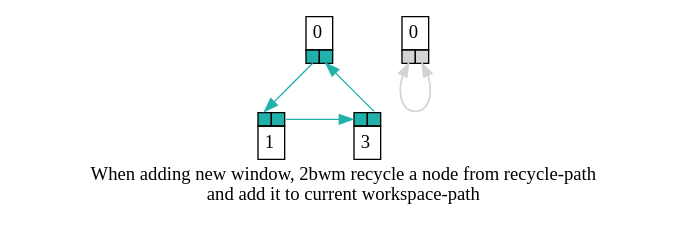
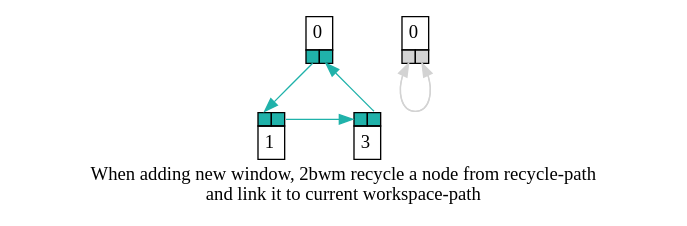
Before and after one commit to netcrop/2bwm: the diagram in src/data3.gv, drawn with Graphviz. The commit also changed 3 other files, not shown here.

```diff
--- a/src/data3.gv
+++ b/src/data3.gv
@@ -1,53 +1,53 @@
 digraph ports {
     { rank=same;n0;n3;}
     { rank=same;n1;n2}
     splines=polyline;
     n0 [shape=none,margin=0,label=<
     <table border="0" cellborder="1" cellspacing="0" cellpadding="4">
         <tr>
             <td colspan="2">0</td>
         </tr>
         <tr>
             <td port="1" bgcolor="lightseagreen"></td>
             <td port="2" bgcolor="lightseagreen"></td>
         </tr>
     </table>>];
     n1 [shape=none,margin=0,label=<
     <table border="0" cellborder="1" cellspacing="0" cellpadding="4">
         <tr>
             <td port="1" bgcolor="lightseagreen"></td>
             <td port="2" bgcolor="lightseagreen"></td>
         </tr>
         <tr>
             <td colspan="2">1</td>
         </tr>
     </table>>];
     n2 [shape=none,margin=0,label=<
     <table border="0" cellborder="1" cellspacing="0" cellpadding="4">
         <tr>
             <td port="1" bgcolor="lightseagreen"></td>
             <td port="2" bgcolor="lightseagreen"></td>
         </tr>
         <tr>
             <td colspan="2">3</td>
         </tr>
     </table>>];
     n3 [shape=none,margin=0,label=<
     <table border="0" cellborder="1" cellspacing="0" cellpadding="4">
         <tr>
             <td colspan="2">0</td>
         </tr>
         <tr>
             <td port="1" bgcolor="lightgrey"></td>
             <td port="2" bgcolor="lightgrey"></td>
         </tr>
     </table>>];
     n0:1 -> n1:1 [arrowhead=normal,color=lightseagreen;weight=10;];
     n1:2 -> n2:1 [arrowhead=normal,color=lightseagreen;weight=10];
     n2:2 -> n0:2 [arrowhead=normal,color=lightseagreen;weight=10];
 
     n3:1:s -> n3:2:s [arrowhead=normal,color=lightgrey;weight=10];
     n3:2:s -> n3:1:s [arrowhead=normal,color=lightgrey;weight=10];
 label = "When adding new window, 2bwm recycle a node from recycle-path
-and add it to current workspace-path";
+and link it to current workspace-path";
 }
```
